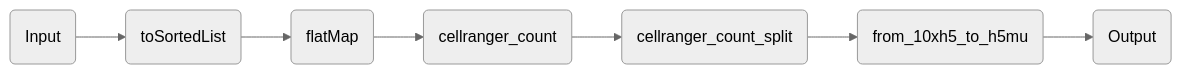
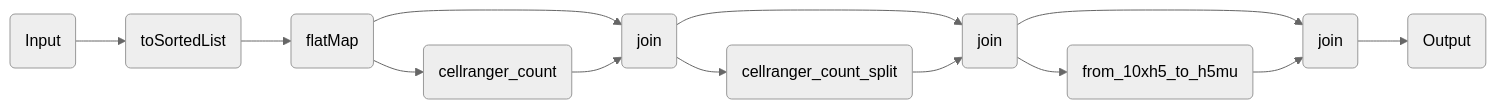
Before and after one commit to openpipelines-bio/website: the diagram in components/workflows/ingestion/cellranger_mapping.qmd, drawn with Mermaid (neutral theme). The commit also changed other lines of this file and 92 other files, not shown here.

````diff
--- a/components/workflows/ingestion/cellranger_mapping.qmd
+++ b/components/workflows/ingestion/cellranger_mapping.qmd
@@ -121,18 +121,27 @@
 ```{mermaid}
 %%| column: screen-inset-shaded
 flowchart LR
     p0(Input)
     p2(toSortedList)
     p4(flatMap)
-    p12(cellranger_count)
-    p21(cellranger_count_split)
-    p31(from_10xh5_to_h5mu)
+    p11(cellranger_count)
+    p13(join)
+    p20(cellranger_count_split)
+    p22(join)
+    p30(from_10xh5_to_h5mu)
+    p32(join)
     p39(Output)
     p0-->p2
     p2-->p4
-    p4-->p12
-    p12-->p21
-    p21-->p31
-    p31-->p39
+    p4-->p13
+    p4-->p11
+    p11-->p13
+    p13-->p22
+    p13-->p20
+    p20-->p22
+    p22-->p32
+    p22-->p30
+    p30-->p32
+    p32-->p39
 
 ```
````
